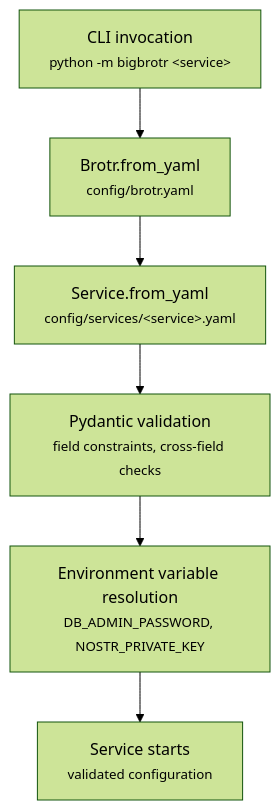
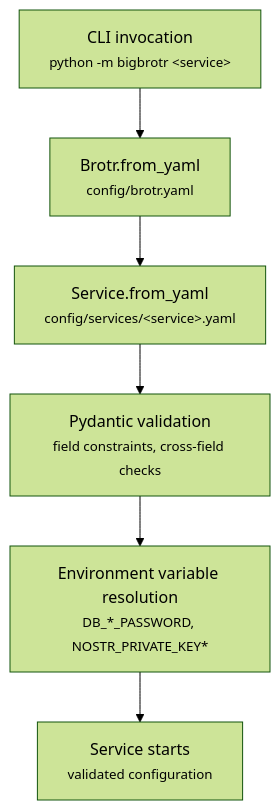
Before and after one commit to BigBrotr/bigbrotr: the diagram in docs/user-guide/configuration.md, drawn with Mermaid (forest theme). The commit also changed other lines of this file and 17 other files, not shown here.

````diff
--- a/docs/user-guide/configuration.md
+++ b/docs/user-guide/configuration.md
@@ -18,9 +18,9 @@
 ```mermaid
 flowchart TD
     A["CLI invocation<br/><small>python -m bigbrotr &lt;service&gt;</small>"] --> B["Brotr.from_yaml<br/><small>config/brotr.yaml</small>"]
     B --> C["Service.from_yaml<br/><small>config/services/&lt;service&gt;.yaml</small>"]
     C --> D["Pydantic validation<br/><small>field constraints, cross-field checks</small>"]
-    D --> E["Environment variable resolution<br/><small>DB_ADMIN_PASSWORD, NOSTR_PRIVATE_KEY</small>"]
+    D --> E["Environment variable resolution<br/><small>DB_*_PASSWORD, NOSTR_PRIVATE_KEY*</small>"]
     E --> F["Service starts<br/><small>validated configuration</small>"]
 
 ```
````
